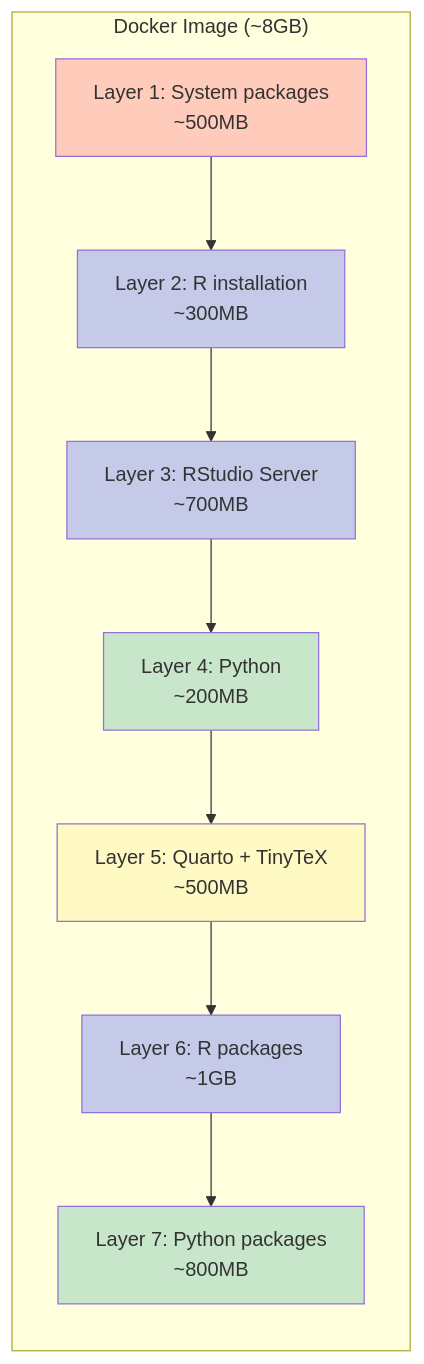
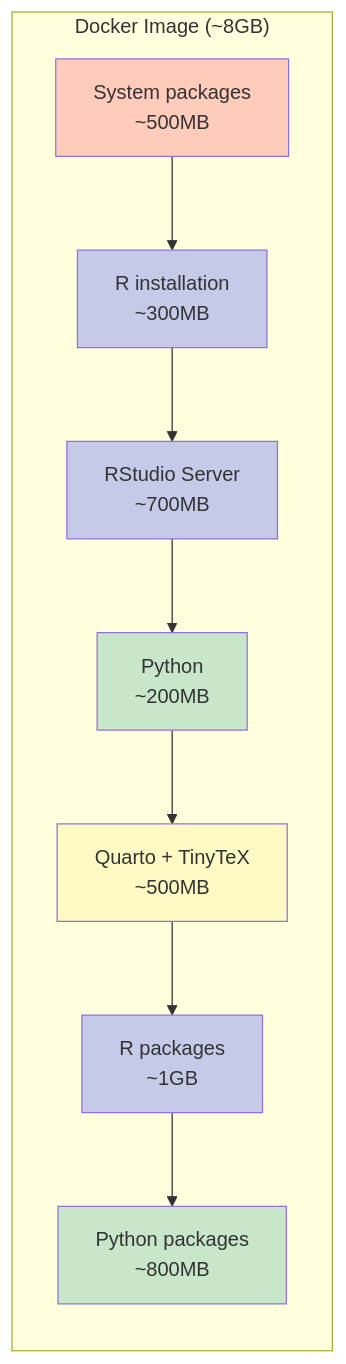
Before and after one commit to shawntz/datasci-homelab: the second of 15 diagrams in docs/architecture.md, drawn with Mermaid. The commit also changed other lines of this file and 69 other files, not shown here.

````diff
--- a/docs/architecture.md
+++ b/docs/architecture.md
@@ -47,23 +47,23 @@
 ```mermaid
 flowchart LR
     subgraph Image["Docker Image (~8GB)"]
         direction TB
-        L1[Layer 1: System packages\n~500MB]
-        L2[Layer 2: R installation\n~300MB]
-        L3[Layer 3: RStudio Server\n~700MB]
-        L4[Layer 4: Python\n~200MB]
-        L5[Layer 5: Quarto + TinyTeX\n~500MB]
-        L6[Layer 6: R packages\n~1GB]
-        L7[Layer 7: Python packages\n~800MB]
+        L1["System packages<br>~500MB"]
+        L2["R installation<br>~300MB"]
+        L3["RStudio Server<br>~700MB"]
+        L4["Python<br>~200MB"]
+        L5["Quarto + TinyTeX<br>~500MB"]
+        L6["R packages<br>~1GB"]
+        L7["Python packages<br>~800MB"]
 
         L1 --> L2 --> L3 --> L4 --> L5 --> L6 --> L7
     end
 
     style L1 fill:#ffccbc
     style L2 fill:#c5cae9
     style L3 fill:#c5cae9
     style L4 fill:#c8e6c9
     style L5 fill:#fff9c4
     style L6 fill:#c5cae9
     style L7 fill:#c8e6c9
 ```
````
